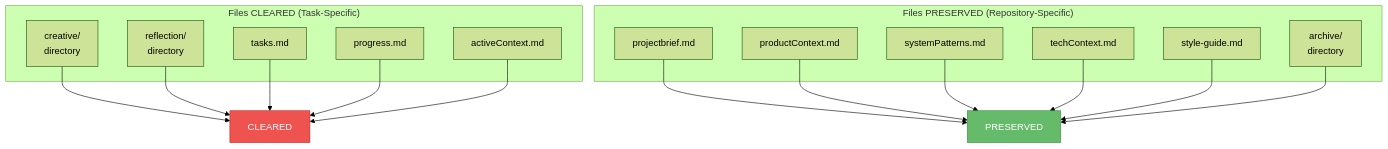
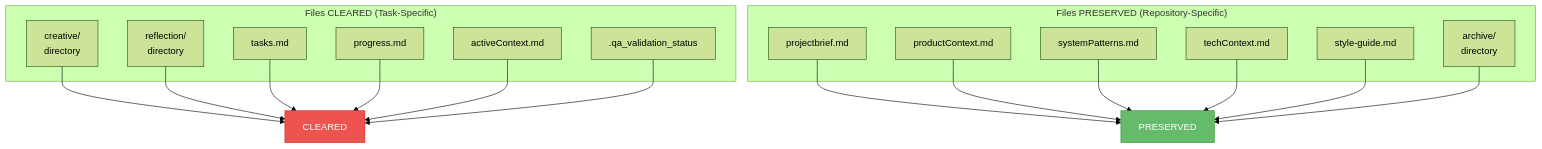
Before and after one commit to Texarkanine/.cursor-rules: the seventh of 7 diagrams in rulesets/niko/niko/visual-maps/archive-mode-map.mdc, drawn with Mermaid (forest theme). The commit also changed other lines of this file and 8 other files, not shown here.

````diff
--- a/rulesets/niko/niko/visual-maps/archive-mode-map.mdc
+++ b/rulesets/niko/niko/visual-maps/archive-mode-map.mdc
@@ -339,25 +339,26 @@
 ```mermaid
 graph TD
     subgraph "Files CLEARED (Task-Specific)"
         ClearCreative["creative/<br>directory"]
         ClearReflection["reflection/<br>directory"]
         ClearTasks["tasks.md"]
         ClearProgress["progress.md"]
         ClearActive["activeContext.md"]
+        ClearQA[".qa_validation_status"]
     end
     
     subgraph "Files PRESERVED (Repository-Specific)"
         KeepProject["projectbrief.md"]
         KeepProduct["productContext.md"]
         KeepSystem["systemPatterns.md"]
         KeepTech["techContext.md"]
         KeepStyle["style-guide.md"]
         KeepArchive["archive/<br>directory"]
     end
     
-    ClearCreative & ClearReflection & ClearTasks & ClearProgress & ClearActive --> Cleared["CLEARED"]
+    ClearCreative & ClearReflection & ClearTasks & ClearProgress & ClearActive & ClearQA --> Cleared["CLEARED"]
     KeepProject & KeepProduct & KeepSystem & KeepTech & KeepStyle & KeepArchive --> Preserved["PRESERVED"]
     
     style Cleared fill:#ef5350,stroke:#c62828,color:#fff
     style Preserved fill:#66bb6a,stroke:#388e3c,color:#fff
 ```
````
